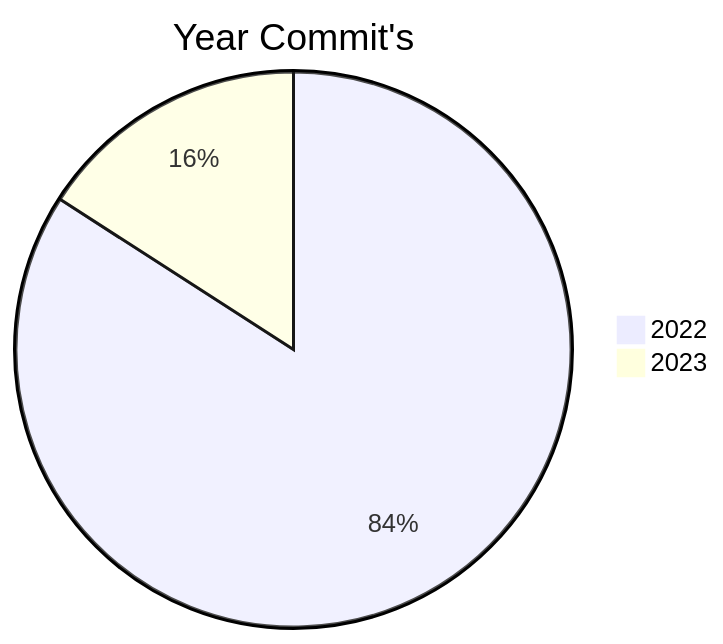
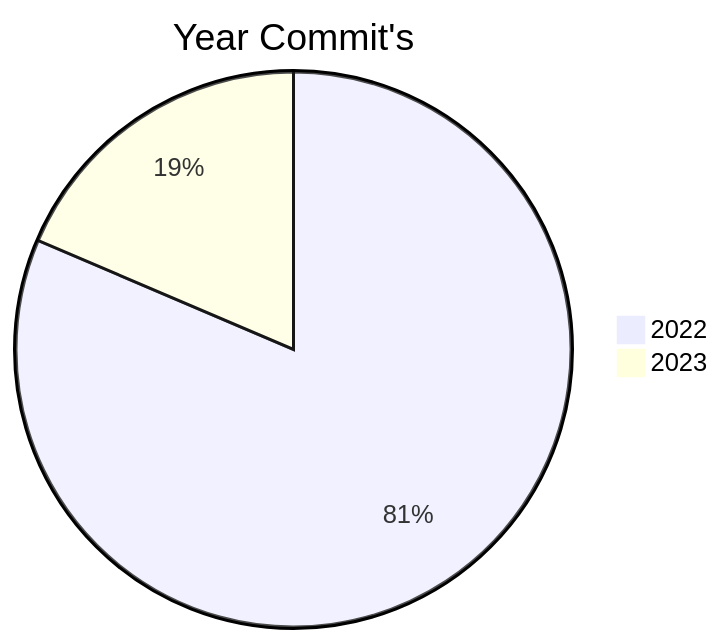
One commit to BackdevHong/YOC changed the first of 2 diagrams in README.md. Above: the diagram before and after it, drawn with Mermaid. The commit also changed other lines of this file, not shown here.

````diff
--- a/README.md
+++ b/README.md
@@ -8,5 +8,5 @@
 ```mermaid
 pie title Year Commit's
     "2022" : 767
-    "2023" : 145
+    "2023" : 175
 ```
````
